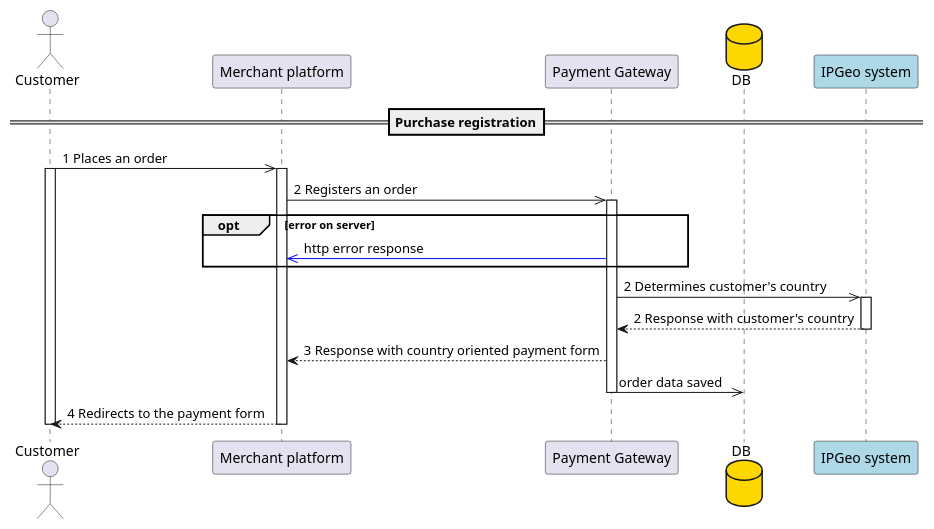
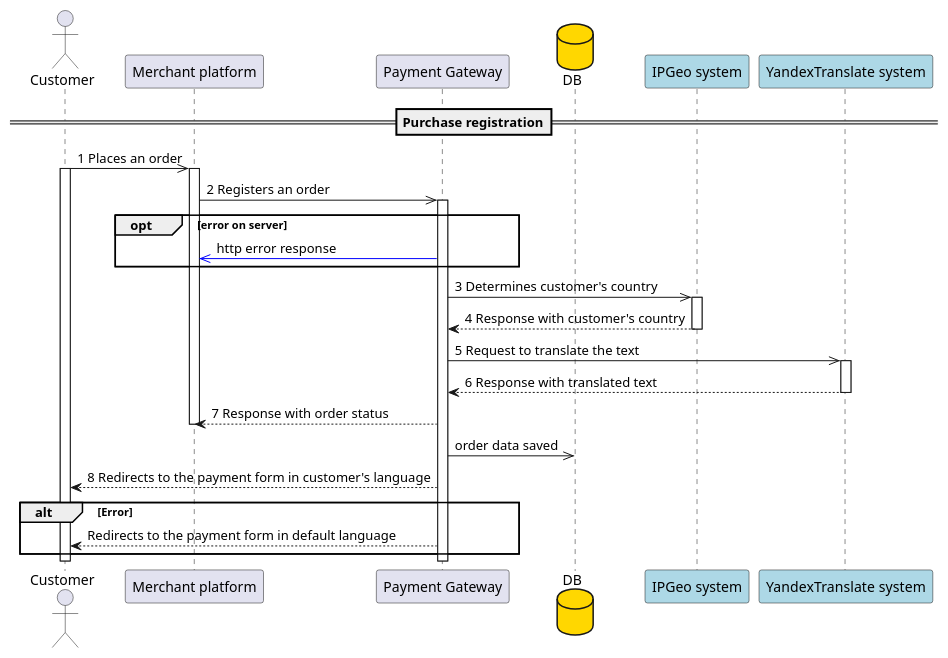
Before and after one commit to Hello-Stella/Solutions: the diagram in .idea/src/main/OpenApi/4.1.1 Purchase registration/4.1.1 Purchase registration.puml, drawn with PlantUML. The commit also changed 7 other files, not shown here.

```diff
--- a/.idea/src/main/OpenApi/4.1.1 Purchase registration/4.1.1 Purchase registration.puml
+++ b/.idea/src/main/OpenApi/4.1.1 Purchase registration/4.1.1 Purchase registration.puml
@@ -1,34 +1,42 @@
 @startuml
 
 
 ==Purchase registration==
 
 actor "Customer" as A
 participant "Merchant platform" as B
 participant "Payment Gateway" as C
 database DB  #gold
 participant "IPGeo system" as I #lightblue
+participant "YandexTranslate system" as II #lightblue
 
 
 
 "A" ->> "B": 1 Places an order
 Activate A
 Activate B
 "B" ->> "C": 2 Registers an order
 Activate C
 opt error on server
 "B" <<-[#blue] "C": http error response
 end
-"C" ->> "I": 2 Determines customer's country
+"C" ->> "I": 3 Determines customer's country
 Activate I
-"C" <-- "I": 2 Response with customer's country
+"C" <-- "I": 4 Response with customer's country
 Deactivate I
-"B" <-- "C": 3 Response with country oriented payment form
+"C" ->> "II": 5 Request to translate the text
+Activate II
+"C" <-- "II": 6 Response with translated text
+Deactivate II
+"B" <-- "C": 7 Response with order status
+Deactivate B
 "C" ->> DB: order data saved
+"A" <-- "C": 8 Redirects to the payment form in customer's language
+alt Error
+"A" <-- "C": Redirects to the payment form in default language
+end
+Deactivate A
 Deactivate C
-"A" <-- "B": 4 Redirects to the payment form
-Deactivate B
-Deactivate A
 
 
 @enduml
```
